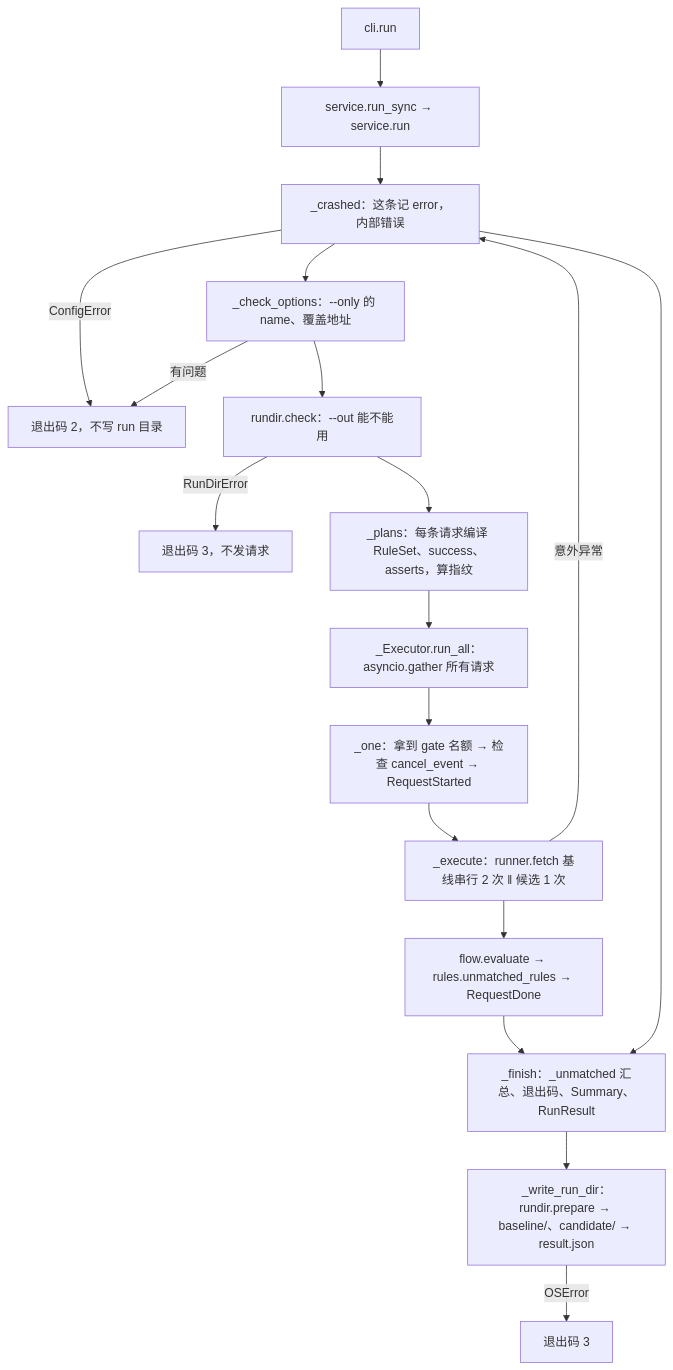
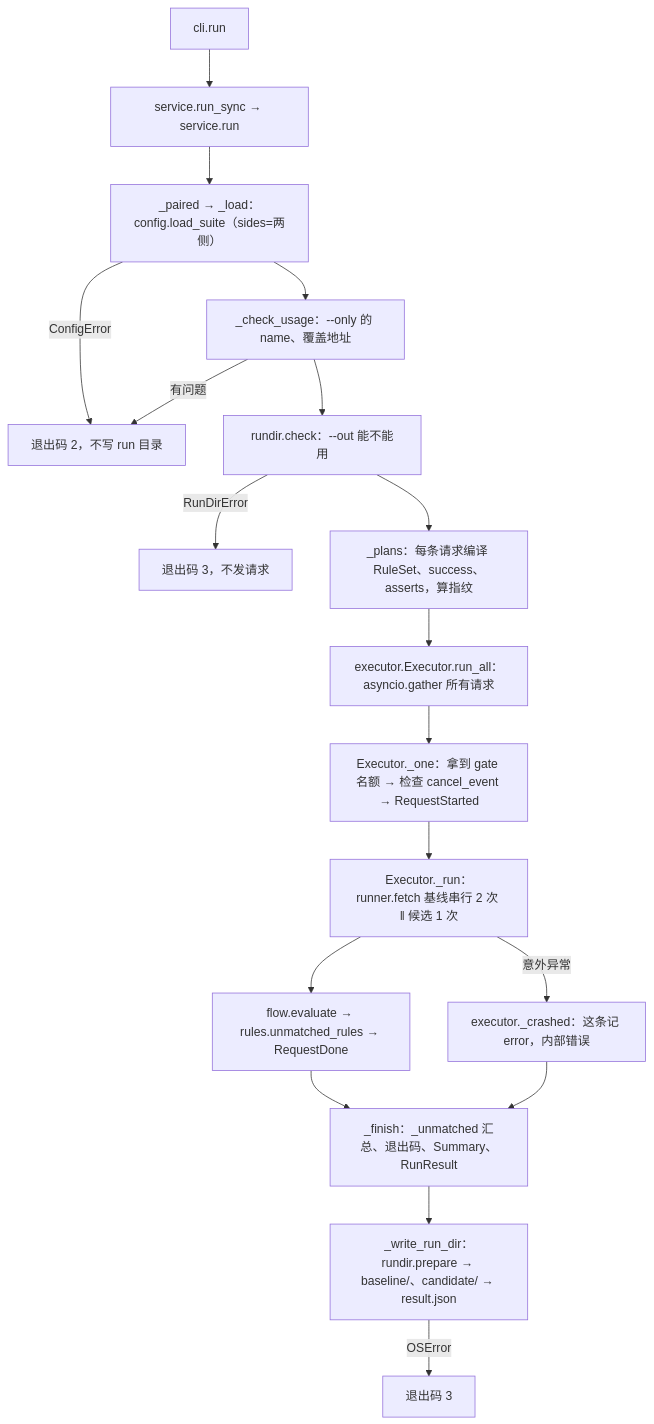
Before and after one commit to caiuswang/api-regress: the fourth of 5 diagrams in doc/dev/architecture.md, drawn with Mermaid. The commit also changed other lines of this file and 23 other files, not shown here.

````diff
--- a/doc/dev/architecture.md
+++ b/doc/dev/architecture.md
@@ -218,20 +230,20 @@
 ```mermaid
 flowchart TD
   A[cli.run] --> B["service.run_sync → service.run"]
-  B --> C["config.load_suite（sides=两侧）"]
+  B --> C["_paired → _load：config.load_suite（sides=两侧）"]
   C -->|ConfigError| E2["退出码 2，不写 run 目录"]
-  C --> O["_check_options：--only 的 name、覆盖地址"]
+  C --> O["_check_usage：--only 的 name、覆盖地址"]
   O -->|有问题| E2
   O --> K["rundir.check：--out 能不能用"]
   K -->|RunDirError| E3a["退出码 3，不发请求"]
   K --> P["_plans：每条请求编译 RuleSet、success、asserts，算指纹"]
-  P --> X["_Executor.run_all：asyncio.gather 所有请求"]
-  X --> X1["_one：拿到 gate 名额 → 检查 cancel_event → RequestStarted"]
-  X1 --> X2["_execute：runner.fetch 基线串行 2 次 ‖ 候选 1 次"]
+  P --> X["executor.Executor.run_all：asyncio.gather 所有请求"]
+  X --> X1["Executor._one：拿到 gate 名额 → 检查 cancel_event → RequestStarted"]
+  X1 --> X2["Executor._run：runner.fetch 基线串行 2 次 ‖ 候选 1 次"]
   X2 --> F["flow.evaluate → rules.unmatched_rules → RequestDone"]
-  X2 -->|意外异常| C["_crashed：这条记 error，内部错误"]
+  X2 -->|意外异常| CR["executor._crashed：这条记 error，内部错误"]
   F --> R["_finish：_unmatched 汇总、退出码、Summary、RunResult"]
-  C --> R
+  CR --> R
   R --> W["_write_run_dir：rundir.prepare → baseline/、candidate/ → result.json"]
   W -->|OSError| E3["退出码 3"]
 ```
````
